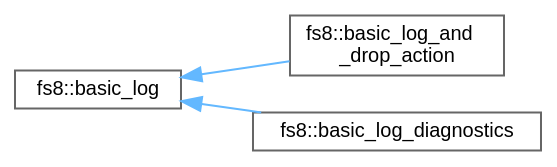
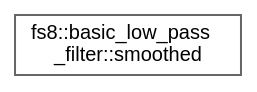
The diagram in api/inherit_graph_39.dot (the-moisrex/foresight), drawn with Graphviz before and after one commit. The commit also changed 240 other files, not shown here.

```diff
--- a/api/inherit_graph_39.dot
+++ b/api/inherit_graph_39.dot
@@ -1,13 +1,9 @@
 digraph "Graphical Class Hierarchy"
 {
  // LATEX_PDF_SIZE
   bgcolor="transparent";
   edge [fontname=Helvetica,fontsize=10,labelfontname=Helvetica,labelfontsize=10];
   node [fontname=Helvetica,fontsize=10,shape=box,height=0.2,width=0.4];
   rankdir="LR";
-  Node0 [id="Node000000",label="fs8::basic_log",height=0.2,width=0.4,color="grey40", fillcolor="white", style="filled",URL="$structfs8_1_1basic__log.html",tooltip=" "];
-  Node0 -> Node1 [id="edge3_Node000000_Node000001",dir="back",color="steelblue1",style="solid",tooltip=" "];
-  Node1 [id="Node000001",label="fs8::basic_log_and\l_drop_action",height=0.2,width=0.4,color="grey40", fillcolor="white", style="filled",URL="$structfs8_1_1basic__log__and__drop__action.html",tooltip="Drop-and-log callback: logs the event and returns drop_event."];
-  Node0 -> Node2 [id="edge4_Node000000_Node000002",dir="back",color="steelblue1",style="solid",tooltip=" "];
-  Node2 [id="Node000002",label="fs8::basic_log_diagnostics",height=0.2,width=0.4,color="grey40", fillcolor="white", style="filled",URL="$structfs8_1_1basic__log__diagnostics.html",tooltip=" "];
+  Node0 [id="Node000000",label="fs8::basic_low_pass\l_filter::smoothed",height=0.2,width=0.4,color="grey40", fillcolor="white", style="filled",URL="$structfs8_1_1basic__low__pass__filter_1_1smoothed.html",tooltip=" "];
 }
```
